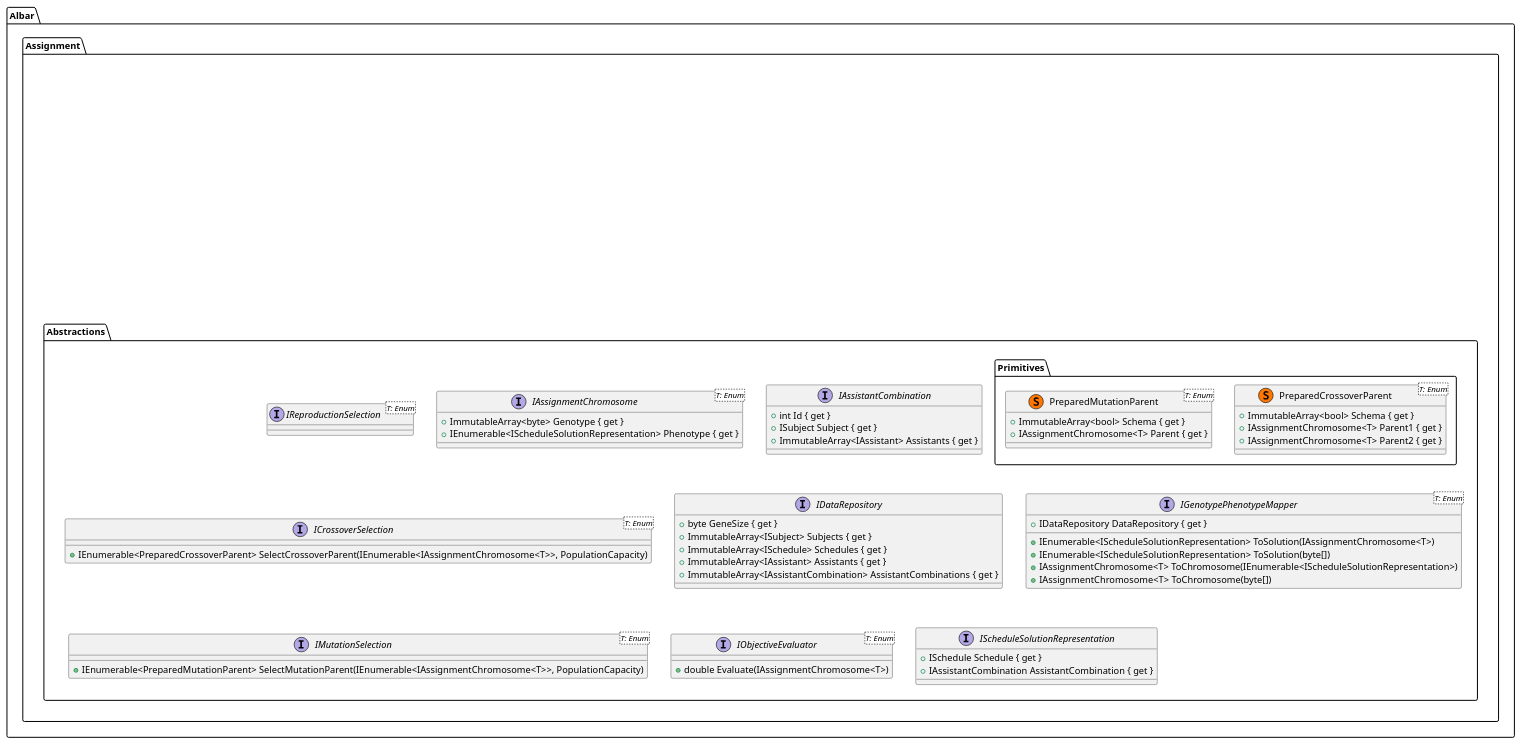
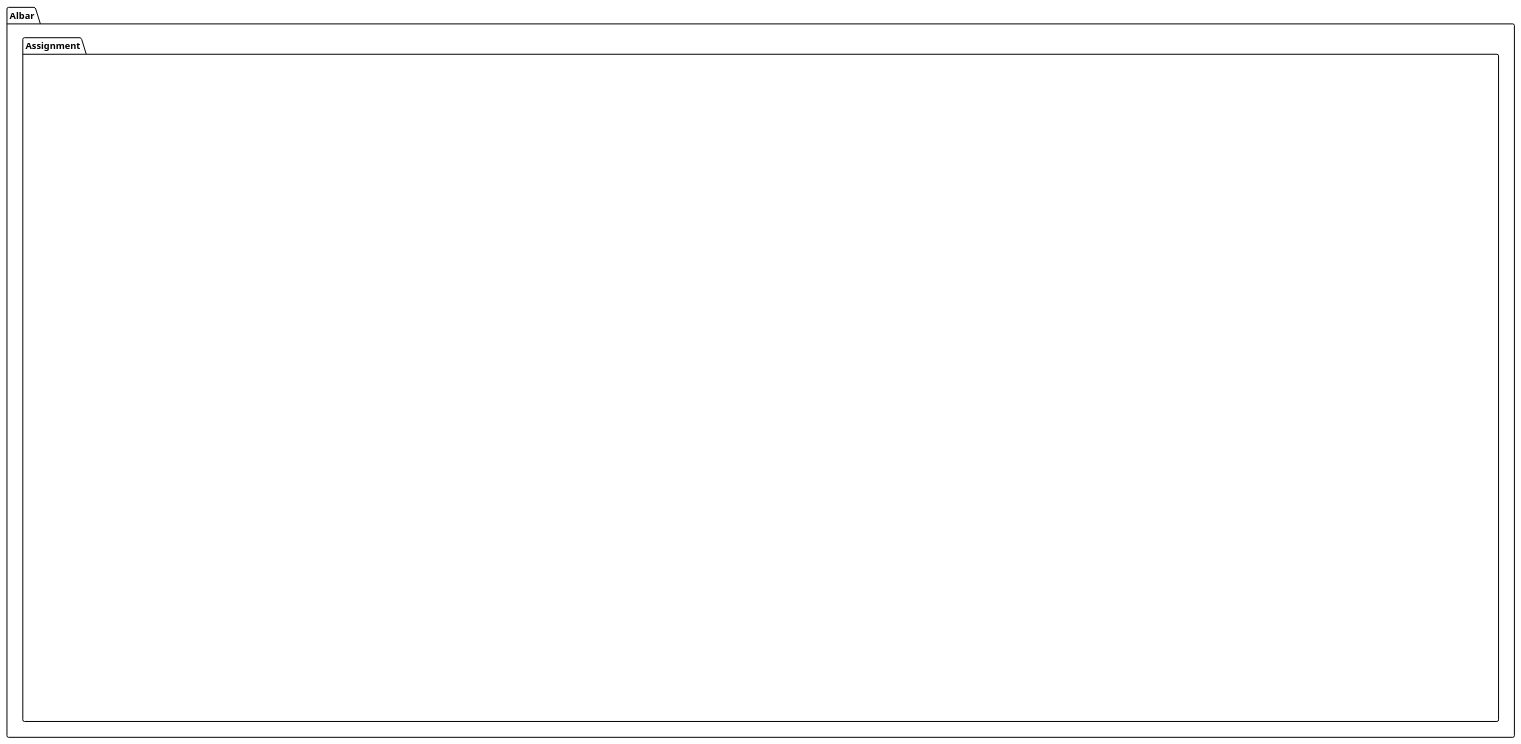
The diagram in thesis/src/Albar.AssistantAssignment.ThesisSpecificImplementation/doc/class_aaa.puml (albar/AssistantAssignment), drawn with PlantUML before and after one commit. The commit also changed 8 other files, not shown here.

```diff
--- a/thesis/src/Albar.AssistantAssignment.ThesisSpecificImplementation/doc/class_aaa.puml
+++ b/thesis/src/Albar.AssistantAssignment.ThesisSpecificImplementation/doc/class_aaa.puml
@@ -1,101 +1,101 @@
 @startuml
-
+skinparam monochrome true
 namespace Albar.Assignment.DataAbstractions {
     interface IAssistant
     {
         +int Id { get }
         +ImmutableArray<ISubject> Subjects { get }
     }
     
     interface ISchedule
     {
         +int Id { get }
         +ISubject Subject { get }
     }
     
     interface ISubject
     {
         +int Id { get }
         +ImmutableArray<IAssistant> Assistants { get }
         +ImmutableArray<ISchedule> Schedules { get }
         +int AssistantCountPerScheduleRequirement { get }
     }
 }
 
 hide Albar.Assignment.DataAbstractions
-'hide Albar.Assignment.Abstractions
+hide Albar.Assignment.Abstractions
 
 namespace Albar.Assignment.Abstractions {
     interface IReproductionSelection<T: Enum>
     
     interface IAssignmentChromosome<T: Enum>
     {
         +ImmutableArray<byte> Genotype { get }
         +IEnumerable<IScheduleSolutionRepresentation> Phenotype { get }
     }
     
     interface IAssistantCombination
     {
         +int Id { get }
         +ISubject Subject { get }
         +ImmutableArray<IAssistant> Assistants { get }
     }
     
     interface ICrossoverSelection<T: Enum>
     {
         +IEnumerable<PreparedCrossoverParent> SelectCrossoverParent(IEnumerable<IAssignmentChromosome<T>>, PopulationCapacity)
     }
     
     interface IDataRepository
     {
         +byte GeneSize { get }
         +ImmutableArray<ISubject> Subjects { get }
         +ImmutableArray<ISchedule> Schedules { get }
         +ImmutableArray<IAssistant> Assistants { get }
         +ImmutableArray<IAssistantCombination> AssistantCombinations { get }
     }
     
     interface IGenotypePhenotypeMapper<T: Enum>
     {
         +IDataRepository DataRepository { get }
         +IEnumerable<IScheduleSolutionRepresentation> ToSolution(IAssignmentChromosome<T>)
         +IEnumerable<IScheduleSolutionRepresentation> ToSolution(byte[])
         +IAssignmentChromosome<T> ToChromosome(IEnumerable<IScheduleSolutionRepresentation>)
         +IAssignmentChromosome<T> ToChromosome(byte[])
     }
     
     interface IMutationSelection<T: Enum>
     {
         +IEnumerable<PreparedMutationParent> SelectMutationParent(IEnumerable<IAssignmentChromosome<T>>, PopulationCapacity)
     }
     
     interface IObjectiveEvaluator<T: Enum>
     {
         +double Evaluate(IAssignmentChromosome<T>)
     }
     
     interface IScheduleSolutionRepresentation
     {
         +ISchedule Schedule { get }
         +IAssistantCombination AssistantCombination { get }
     }
     
     namespace Primitives {        
         class PreparedCrossoverParent<T: Enum> <<(S,#FF7700)>>
         {
             +ImmutableArray<bool> Schema { get } 
             +IAssignmentChromosome<T> Parent1 { get }
             +IAssignmentChromosome<T> Parent2 { get }
         }
         
         class PreparedMutationParent<T: Enum> <<(S,#FF7700)>>
         {
             +ImmutableArray<bool> Schema { get }
             +IAssignmentChromosome<T> Parent { get }
         }
     }
 }
 
 Albar.Assignment.DataAbstractions ---[hidden]> Albar.Assignment.Abstractions
 
 @enduml
```
